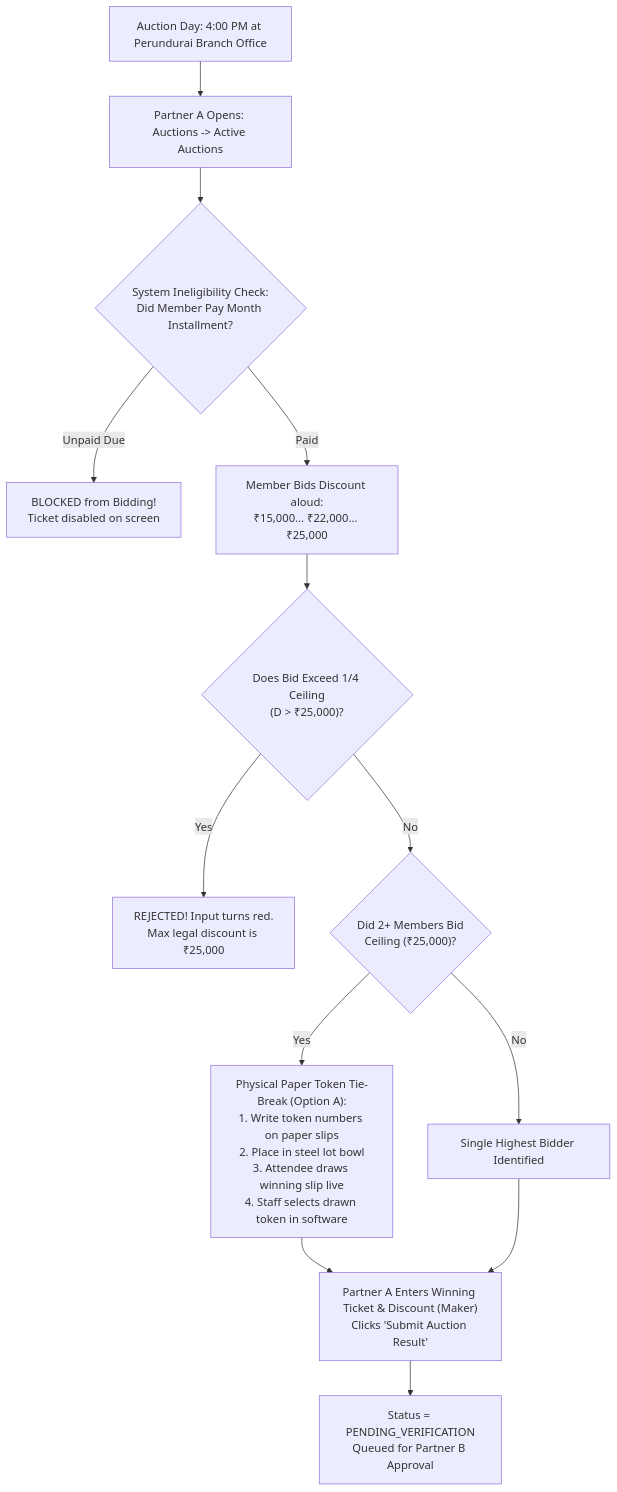
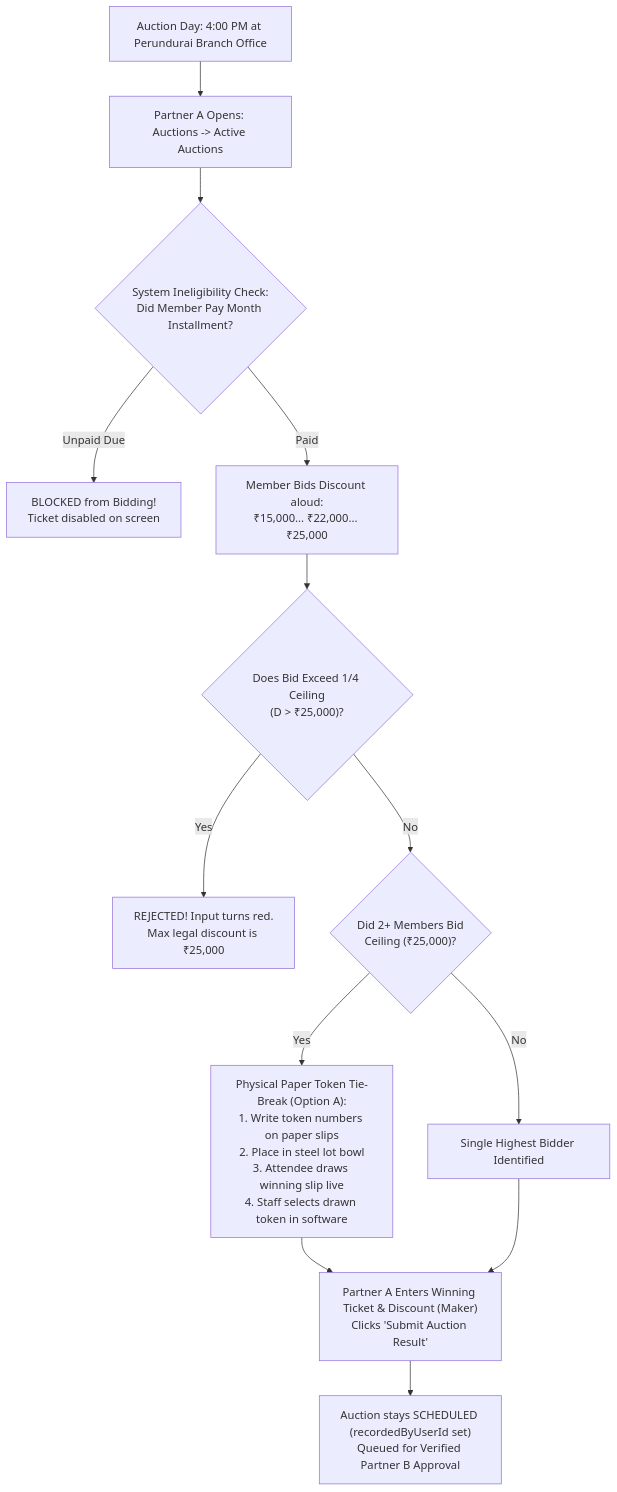
The fifth of 15 diagrams in docs/07-operations/user-manuals/admin-foreman-manual.md (Kathir-24/Kumaran-finance), drawn with Mermaid before and after one commit. The commit also changed other lines of this file and 4 other files, not shown here.

````diff
--- a/docs/07-operations/user-manuals/admin-foreman-manual.md
+++ b/docs/07-operations/user-manuals/admin-foreman-manual.md
@@ -136,15 +136,15 @@
 ```mermaid
 flowchart TD
     Start["Auction Day: 4:00 PM at Perundurai Branch Office"] --> Screen["Partner A Opens: Auctions -> Active Auctions"]
     Screen --> DefaulterCheck{"System Ineligibility Check:\nDid Member Pay Month Installment?"}
     DefaulterCheck -- "Unpaid Due" --> Block["BLOCKED from Bidding!\nTicket disabled on screen"]
     DefaulterCheck -- "Paid" --> Bid["Member Bids Discount aloud:\n₹15,000... ₹22,000... ₹25,000"]
     Bid --> CeilingCheck{"Does Bid Exceed 1/4 Ceiling\n(D > ₹25,000)?"}
     CeilingCheck -- Yes --> RejectBid["REJECTED! Input turns red.\nMax legal discount is ₹25,000"]
     CeilingCheck -- No --> CheckTie{"Did 2+ Members Bid\nCeiling (₹25,000)?"}
     CheckTie -- Yes --> LotDraw["Physical Paper Token Tie-Break (Option A):\n1. Write token numbers on paper slips\n2. Place in steel lot bowl\n3. Attendee draws winning slip live\n4. Staff selects drawn token in software"]
     CheckTie -- No --> Single["Single Highest Bidder Identified"]
     LotDraw --> Record["Partner A Enters Winning Ticket & Discount (Maker)\nClicks 'Submit Auction Result'"]
     Single --> Record
-    Record --> Queue["Status = PENDING_VERIFICATION\nQueued for Partner B Approval"]
+    Record --> Queue["Auction stays SCHEDULED (recordedByUserId set)\nQueued for Verified Partner B Approval"]
 ```
````
